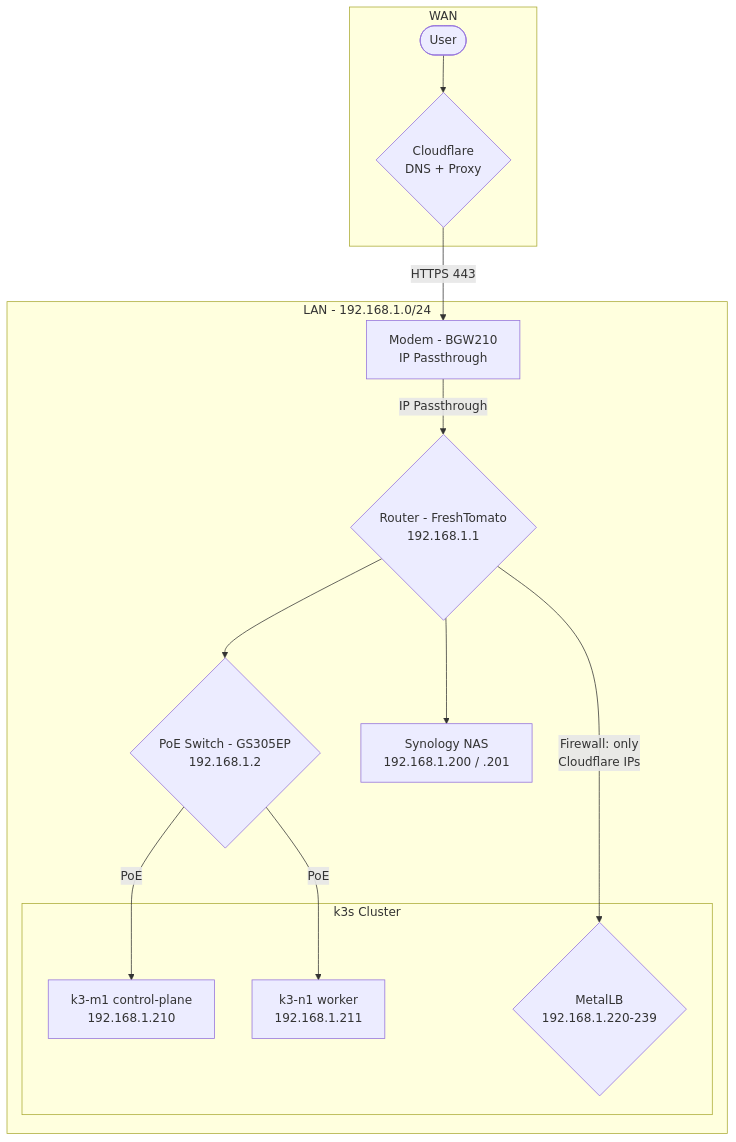
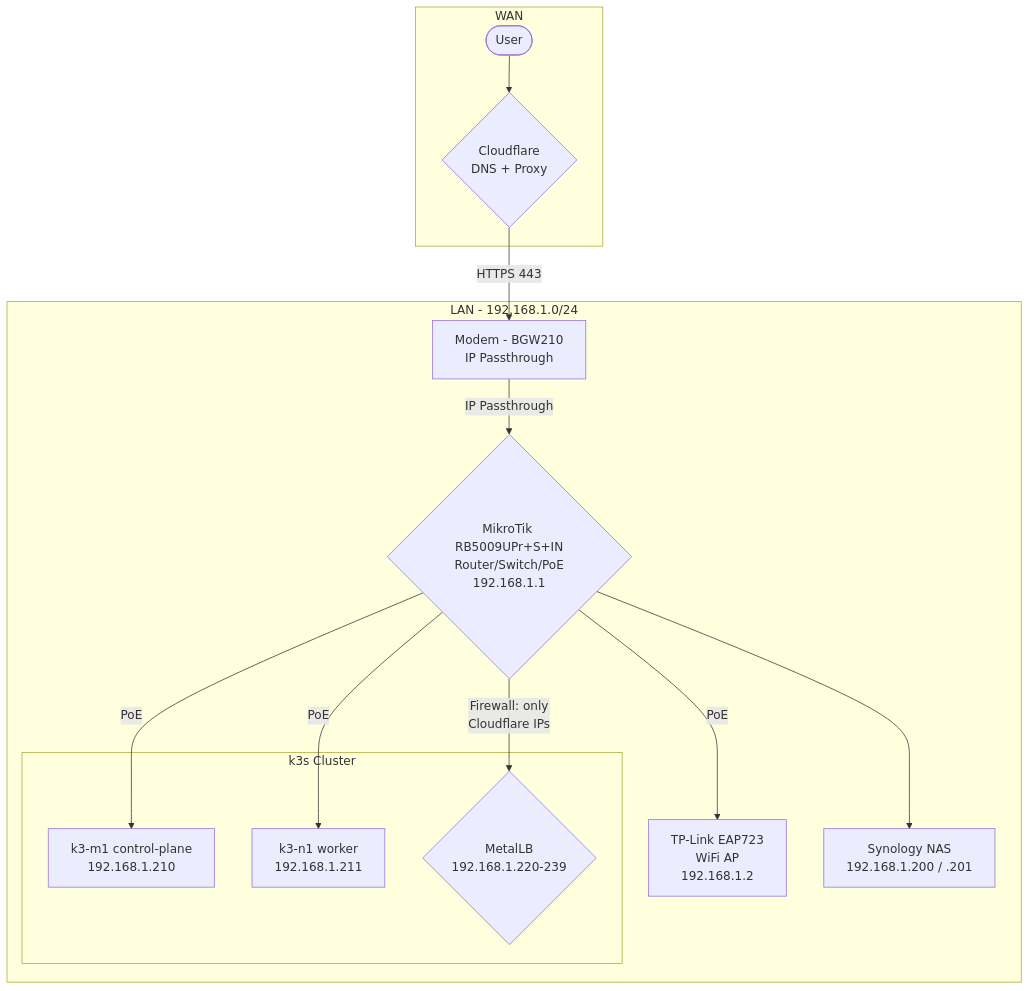
Before and after one commit to macgregor/homelab: the diagram in docs/03-networking.md, drawn with Mermaid. The commit also changed other lines of this file and 3 other files, not shown here.

First line of the commit message:
Update documentation for MikroTik migration completion

````diff
--- a/docs/03-networking.md
+++ b/docs/03-networking.md
@@ -7,26 +9,26 @@
 ```mermaid
 graph TD
     subgraph WAN
         User([User])
         CF{Cloudflare<br/>DNS + Proxy}
     end
     subgraph LAN [LAN - 192.168.1.0/24]
         Modem[Modem - BGW210<br/>IP Passthrough]
-        Router{Router - FreshTomato<br/>192.168.1.1}
-        Switch{PoE Switch - GS305EP<br/>192.168.1.2}
+        Router{MikroTik RB5009UPr+S+IN<br/>Router/Switch/PoE<br/>192.168.1.1}
+        AP[TP-Link EAP723<br/>WiFi AP<br/>192.168.1.2]
         Synology[Synology NAS<br/>192.168.1.200 / .201]
         subgraph Cluster [k3s Cluster]
             M1[k3-m1 control-plane<br/>192.168.1.210]
             N1[k3-n1 worker<br/>192.168.1.211]
             MetalLB{MetalLB<br/>192.168.1.220-239}
         end
     end
     User --> CF
     CF -->|HTTPS 443| Modem
     Modem -->|IP Passthrough| Router
     Router -->|Firewall: only<br/>Cloudflare IPs| MetalLB
-    Router --> Switch
-    Switch -->|PoE| M1
-    Switch -->|PoE| N1
+    Router -->|PoE| AP
+    Router -->|PoE| M1
+    Router -->|PoE| N1
     Router --> Synology
 ```
````
